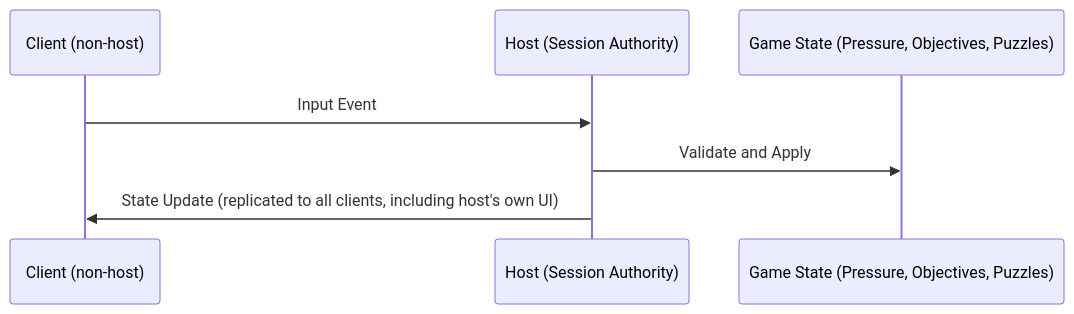
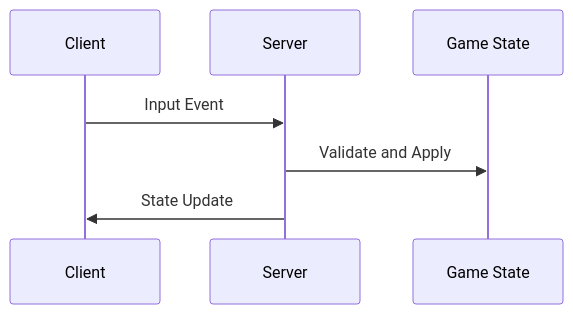
One commit to snehadpatel/QuestBit changed the second of 2 diagrams in Project-Echo/technical/NetworkArchitecture.md. Above: the diagram before and after it, drawn with Mermaid. The commit also changed other lines of this file and 6 other files, not shown here.

Commit message:
docs: formalize project architecture, documentation standards, and technical ADRs while updating GDD sections.

````diff
--- a/Project-Echo/technical/NetworkArchitecture.md
+++ b/Project-Echo/technical/NetworkArchitecture.md
@@ -46,9 +40,9 @@
 ```mermaid
 sequenceDiagram
-    participant C as Client (non-host)
-    participant H as Host (Session Authority)
-    participant G as Game State (Pressure, Objectives, Puzzles)
-    C->>H: Input Event
-    H->>G: Validate and Apply
-    H->>C: State Update (replicated to all clients, including host's own UI)
+    participant C as Client
+    participant S as Server
+    participant G as Game State
+    C->>S: Input Event
+    S->>G: Validate and Apply
+    S->>C: State Update
 ```
````
